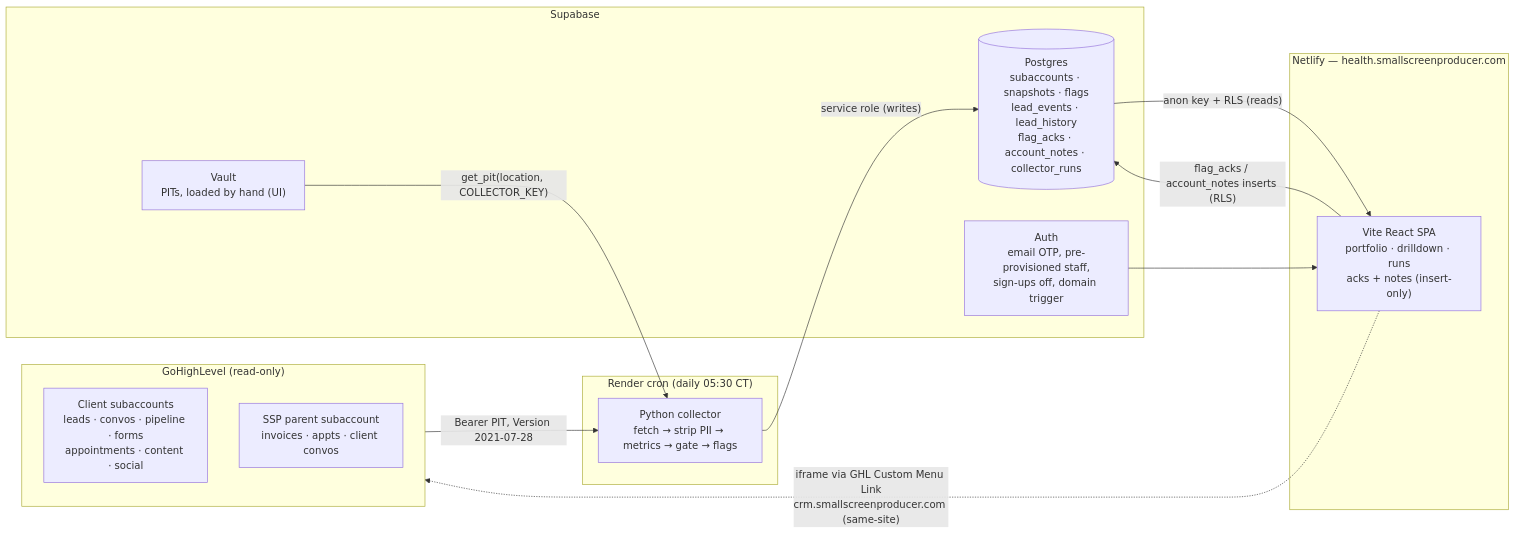
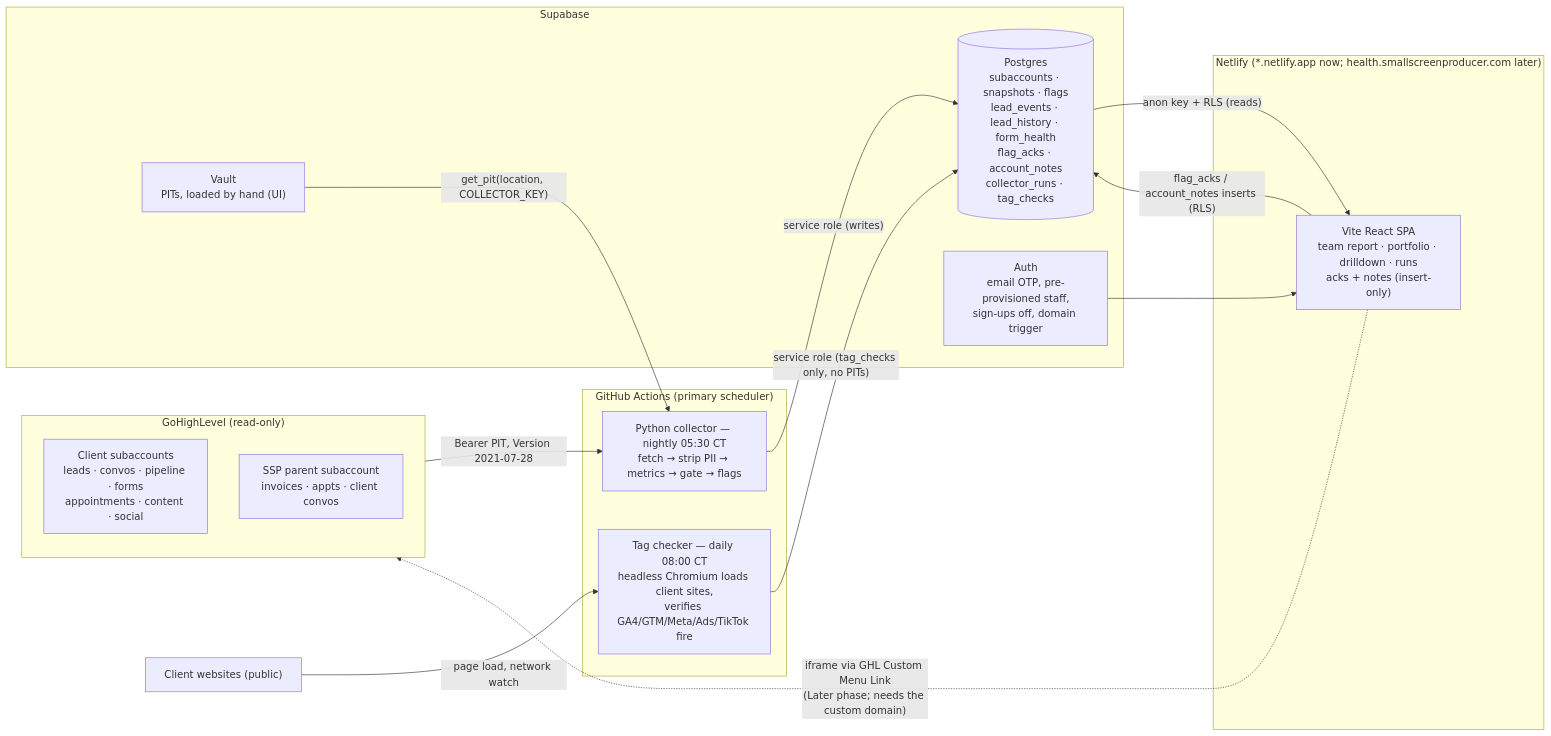
One commit to matthewcarlsonhome-cmd/GHLReports changed the diagram in docs/ARCHITECTURE.md. Above: the diagram before and after it, drawn with Mermaid. The commit also changed other lines of this file and 13 other files, not shown here.

````diff
--- a/docs/ARCHITECTURE.md
+++ b/docs/ARCHITECTURE.md
@@ -10,29 +10,32 @@
 ```mermaid
 flowchart LR
     subgraph GHL["GoHighLevel (read-only)"]
         CA["Client subaccounts<br/>leads · convos · pipeline · forms<br/>appointments · content · social"]
         PA["SSP parent subaccount<br/>invoices · appts · client convos"]
     end
 
-    subgraph Render["Render cron (daily 05:30 CT)"]
-        COL["Python collector<br/>fetch → strip PII → metrics → gate → flags"]
+    subgraph GHA["GitHub Actions (primary scheduler)"]
+        COL["Python collector — nightly 05:30 CT<br/>fetch → strip PII → metrics → gate → flags"]
+        TAG["Tag checker — daily 08:00 CT<br/>headless Chromium loads client sites,<br/>verifies GA4/GTM/Meta/Ads/TikTok fire"]
     end
 
     subgraph Supabase
         VAULT["Vault<br/>PITs, loaded by hand (UI)"]
-        DB[("Postgres<br/>subaccounts · snapshots · flags<br/>lead_events · lead_history<br/>flag_acks · account_notes · collector_runs")]
+        DB[("Postgres<br/>subaccounts · snapshots · flags<br/>lead_events · lead_history · form_health<br/>flag_acks · account_notes<br/>collector_runs · tag_checks")]
         AUTH["Auth<br/>email OTP, pre-provisioned staff,<br/>sign-ups off, domain trigger"]
     end
 
-    subgraph Netlify["Netlify — health.smallscreenproducer.com"]
-        SPA["Vite React SPA<br/>portfolio · drilldown · runs<br/>acks + notes (insert-only)"]
+    subgraph Netlify["Netlify (*.netlify.app now; health.smallscreenproducer.com later)"]
+        SPA["Vite React SPA<br/>team report · portfolio · drilldown · runs<br/>acks + notes (insert-only)"]
     end
 
+    WEB["Client websites (public)"] -- "page load, network watch" --> TAG
     GHL -- "Bearer PIT, Version 2021-07-28" --> COL
     VAULT -- "get_pit(location, COLLECTOR_KEY)" --> COL
     COL -- "service role (writes)" --> DB
+    TAG -- "service role (tag_checks only, no PITs)" --> DB
     DB -- "anon key + RLS (reads)" --> SPA
     SPA -- "flag_acks / account_notes inserts (RLS)" --> DB
     AUTH --> SPA
-    SPA -. "iframe via GHL Custom Menu Link<br/>crm.smallscreenproducer.com (same-site)" .-> GHL
+    SPA -. "iframe via GHL Custom Menu Link<br/>(Later phase; needs the custom domain)" .-> GHL
 ```
````
